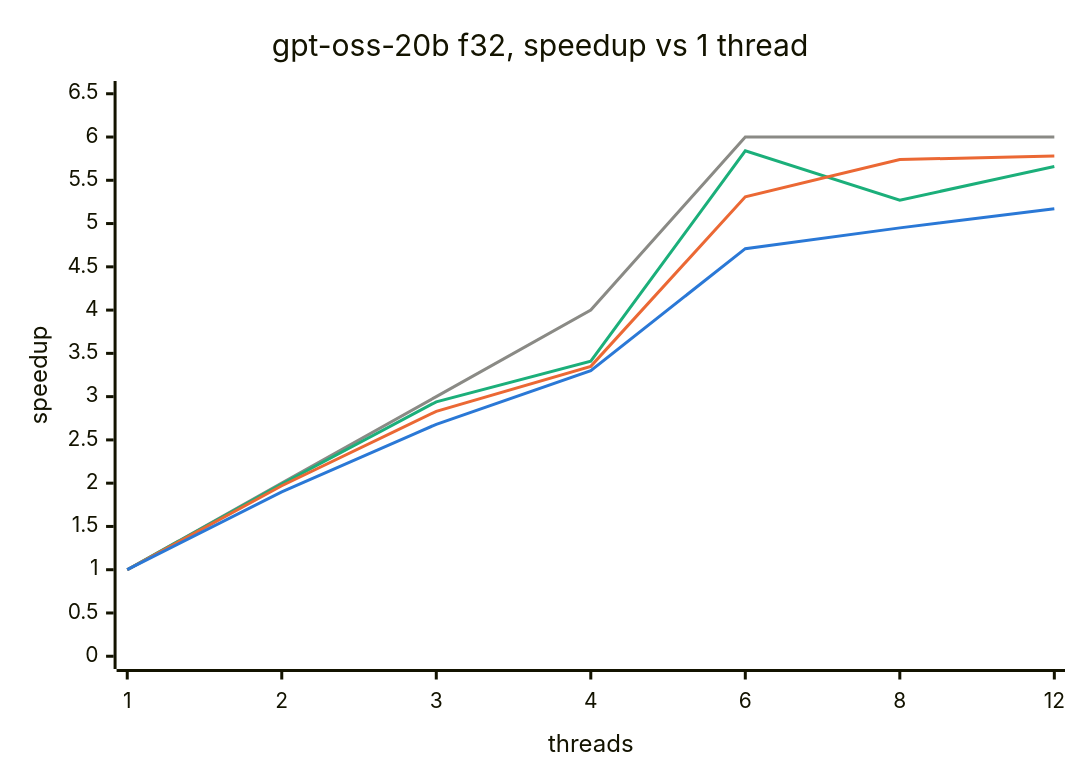
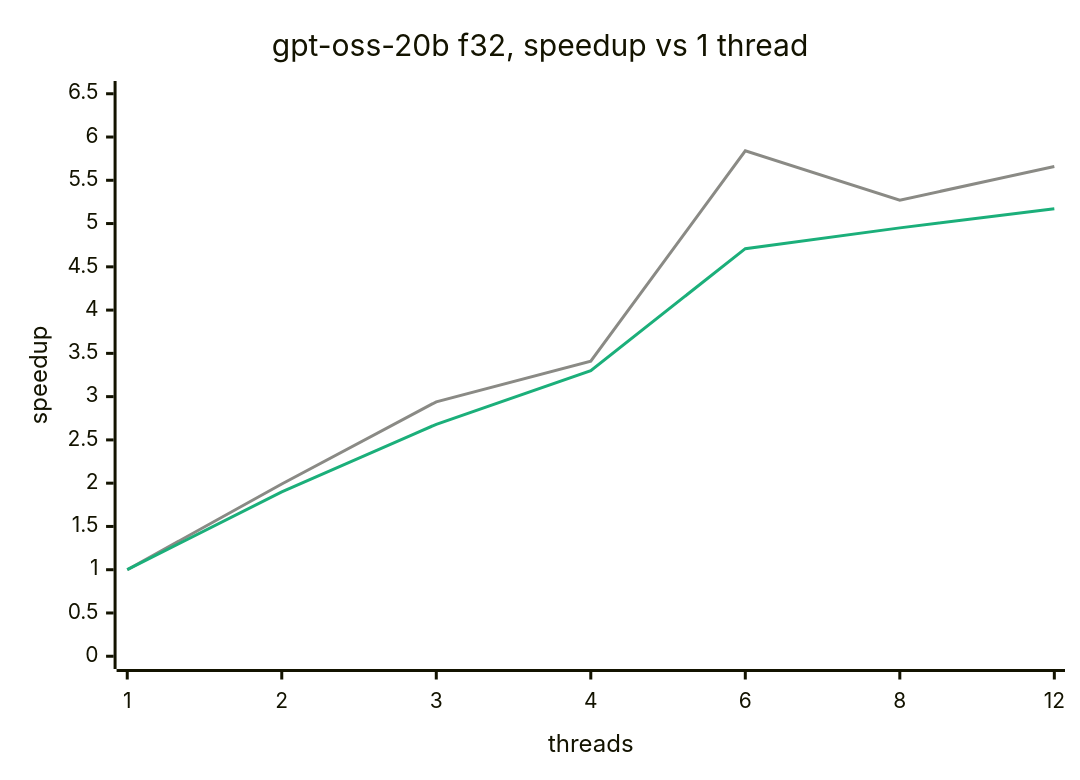
One commit to fior512/dequant changed the diagram in README.md. Above: the diagram before and after it, drawn with Mermaid. The commit also changed other lines of this file, not shown here.

````diff
--- a/README.md
+++ b/README.md
@@ -88,11 +88,9 @@
 ```mermaid
 %%{init: {"themeVariables": {"xyChart": {"plotColorPalette": "#8a8a85, #1baf7a, #eb6834, #2a78d6"}}}}%%
 xychart-beta
     title "gpt-oss-20b f32, speedup vs 1 thread"
     x-axis "threads" ["1", "2", "3", "4", "6", "8", "12"]
     y-axis "speedup" 0 --> 6.5
-    line [1, 2, 3, 4, 6, 6, 6]
     line [1, 1.99, 2.94, 3.41, 5.84, 5.27, 5.66]
-    line [1, 1.97, 2.83, 3.35, 5.31, 5.74, 5.78]
     line [1, 1.90, 2.68, 3.30, 4.71, 4.95, 5.17]
 ```
````
